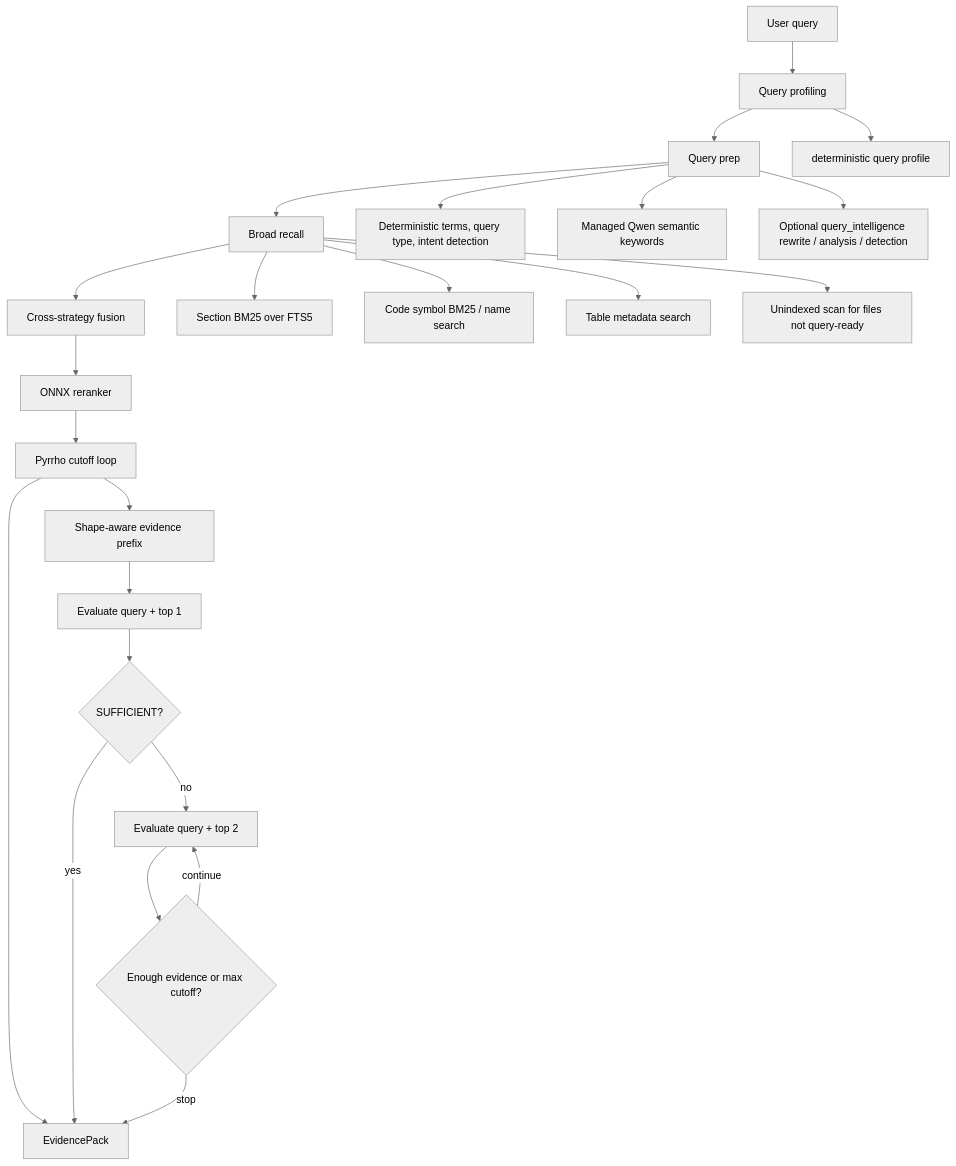
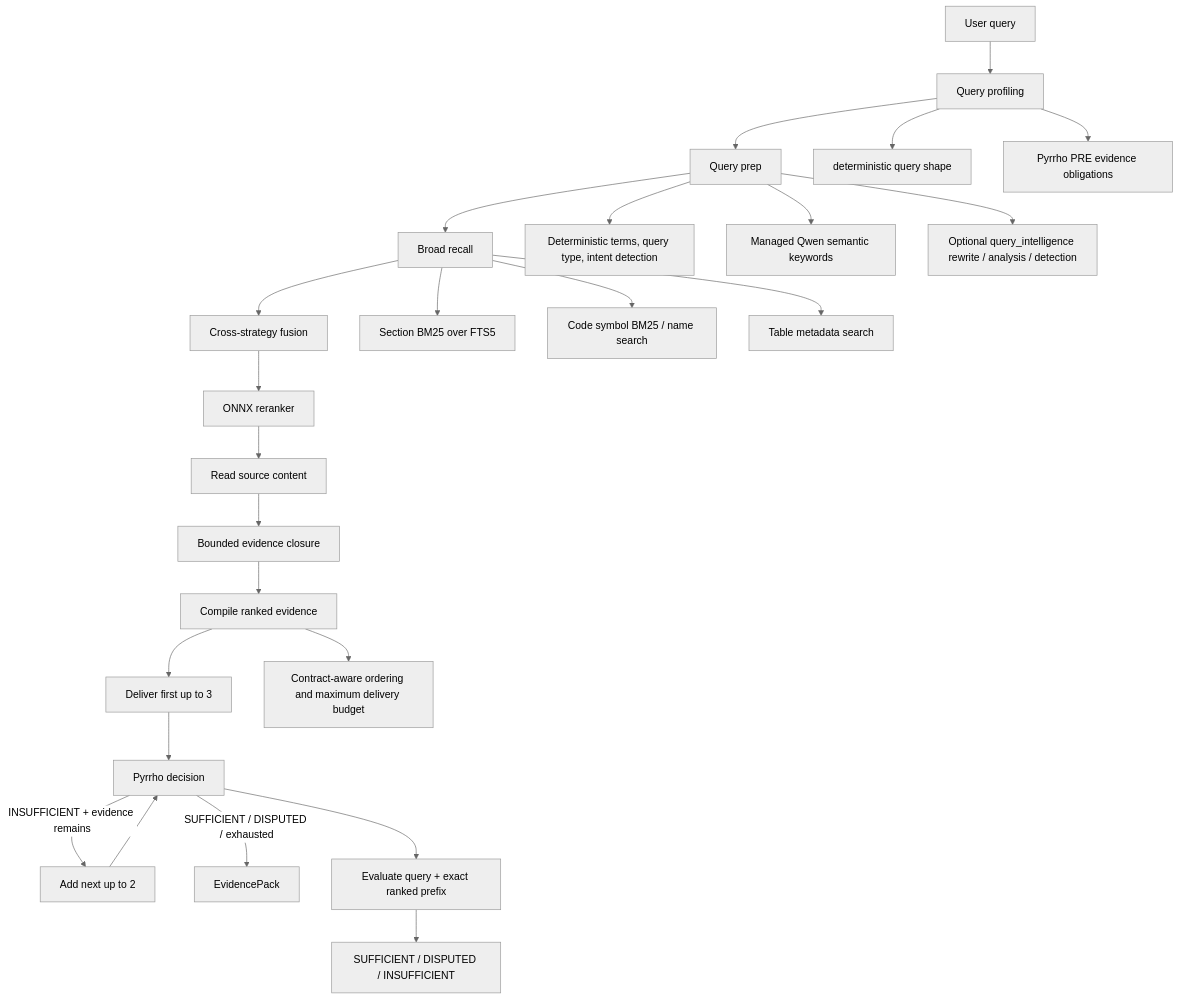
Before and after one commit to yafitzdev/fitz: the second of 4 diagrams in docs/RETRIEVAL_PIPELINE.md, drawn with Mermaid (neutral theme). The commit also changed other lines of this file and 446 other files, not shown here.

````diff
--- a/docs/RETRIEVAL_PIPELINE.md
+++ b/docs/RETRIEVAL_PIPELINE.md
@@ -66,30 +65,31 @@
 ```mermaid
 flowchart TD
     Q["User query"] --> C["Query profiling"]
     C --> P["Query prep"]
     P --> R["Broad recall"]
     R --> X["Cross-strategy fusion"]
     X --> K["ONNX reranker"]
-    K --> G["Pyrrho cutoff loop"]
-    G --> E["EvidencePack"]
+    K --> D["Read source content"]
+    D --> B["Bounded evidence closure"]
+    B --> F["Compile ranked evidence"]
+    F --> V["Deliver first up to 3"]
+    V --> G["Pyrrho decision"]
+    G -->|"INSUFFICIENT + evidence remains"| H["Add next up to 2"]
+    H --> G
+    G -->|"SUFFICIENT / DISPUTED / exhausted"| E["EvidencePack"]
 
-    C --> C1["deterministic query profile"]
+    C --> C1["deterministic query shape"]
+    C --> C2["Pyrrho PRE evidence obligations"]
 
     P --> P1["Deterministic terms, query type, intent detection"]
     P --> P2["Managed Qwen semantic keywords"]
     P --> P3["Optional query_intelligence rewrite / analysis / detection"]
 
     R --> R1["Section BM25 over FTS5"]
     R --> R2["Code symbol BM25 / name search"]
     R --> R3["Table metadata search"]
-    R --> R4["Unindexed scan for files not query-ready"]
 
-    G --> G1["Shape-aware evidence prefix"]
-    G1 --> G2["Evaluate query + top 1"]
-    G2 --> G3{"SUFFICIENT?"}
-    G3 -->|"yes"| E
-    G3 -->|"no"| G4["Evaluate query + top 2"]
-    G4 --> G5{"Enough evidence or max cutoff?"}
-    G5 -->|"continue"| G4
-    G5 -->|"stop"| E
+    F --> F1["Contract-aware ordering and maximum delivery budget"]
+    G --> G1["Evaluate query + exact ranked prefix"]
+    G1 --> G2["SUFFICIENT / DISPUTED / INSUFFICIENT"]
 ```
````
